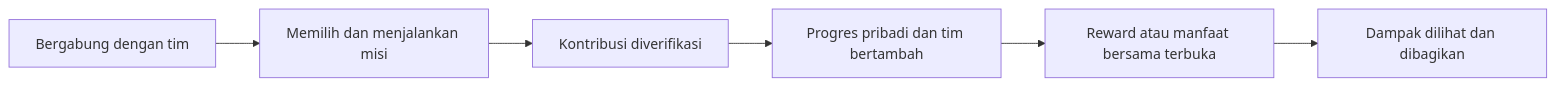
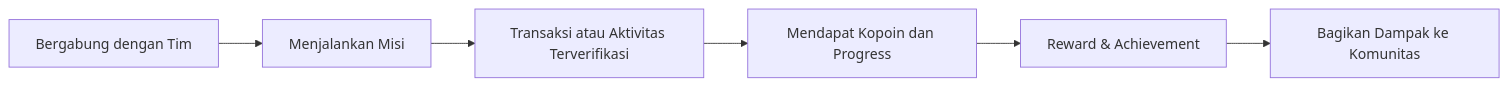
Before and after one commit to GabrielBatavia/KoPoin-MechaMinds: the diagram in README.md, drawn with Mermaid. The commit also changed other lines of this file, not shown here.

Commit message:
docs: restructure and expand README documentation to clarify Kopoin's value proposition and features

````diff
--- a/README.md
+++ b/README.md
@@ -30,8 +71,13 @@
 ```mermaid
 flowchart LR
-    A[Bergabung dengan tim] --> B[Memilih dan menjalankan misi]
-    B --> C[Kontribusi diverifikasi]
-    C --> D[Progres pribadi dan tim bertambah]
-    D --> E[Reward atau manfaat bersama terbuka]
-    E --> F[Dampak dilihat dan dibagikan]
+    A[Bergabung dengan Tim]
+    --> B[Menjalankan Misi]
+
+    B --> C[Transaksi atau Aktivitas Terverifikasi]
+
+    C --> D[Mendapat Kopoin dan Progress]
+
+    D --> E[Reward & Achievement]
+
+    E --> F[Bagikan Dampak ke Komunitas]
 ```
````
